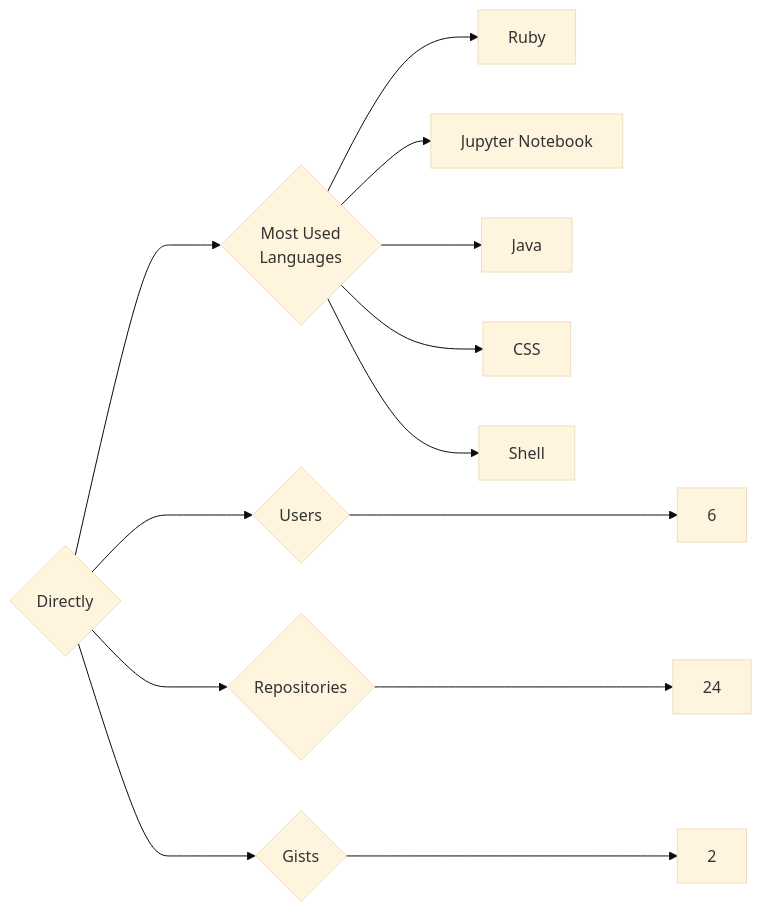
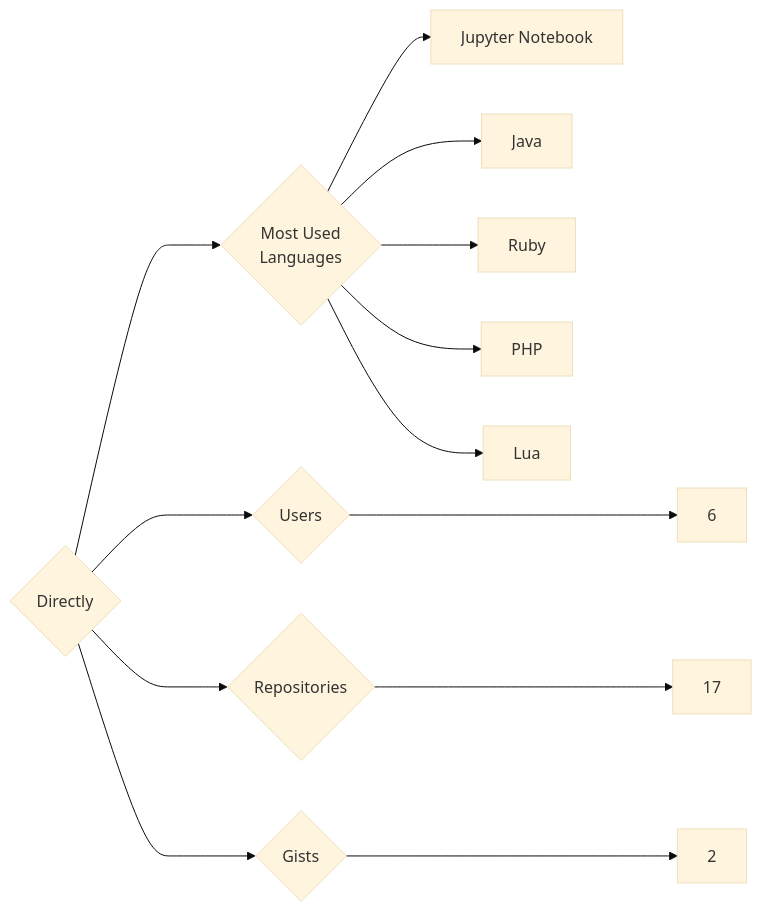
One commit to trickest/insiders changed the diagram in targets/Directly/README.md. Above: the diagram before and after it, drawn with Mermaid (base theme). The commit also changed 988 other files, not shown here.

````diff
--- a/targets/Directly/README.md
+++ b/targets/Directly/README.md
@@ -3,13 +3,13 @@
 ```mermaid
 graph LR
 COMPANY_NAME{Directly}
 COMPANY_NAME ---> U{Users} ---> UN[6]
-COMPANY_NAME ---> R{Repositories} ---> RN[24]
+COMPANY_NAME ---> R{Repositories} ---> RN[17]
 COMPANY_NAME ---> G{Gists} ---> GN[2]
 COMPANY_NAME ---> ML{Most Used<br>Languages}
-ML --> Ruby[Ruby]
 ML --> Jupyter_Notebook[Jupyter Notebook]
 ML --> Java[Java]
-ML --> CSS[CSS]
-ML --> Shell[Shell]
+ML --> Ruby[Ruby]
+ML --> PHP[PHP]
+ML --> Lua[Lua]
 ```
````
